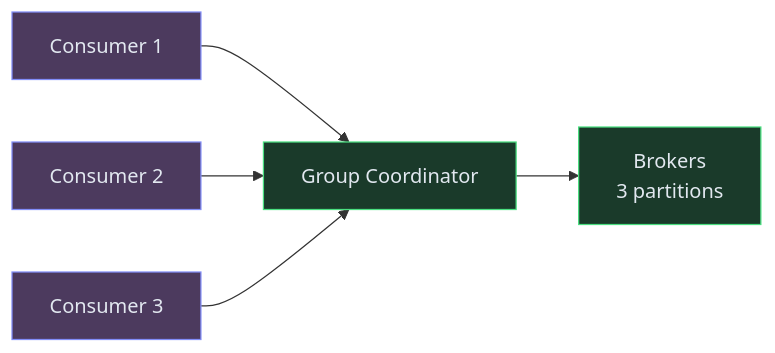
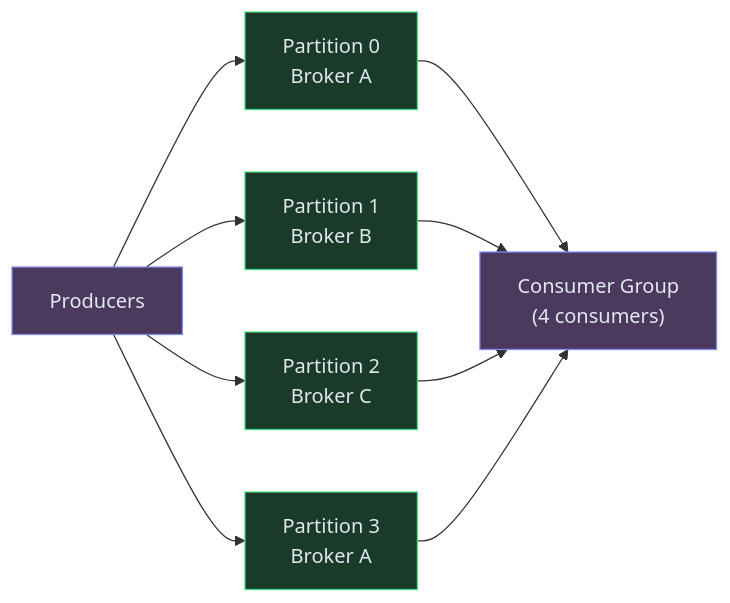
The fourth of 7 diagrams in content/hld/MessageQueue.md (iluzn/HLD-Designs), drawn with Mermaid before and after one commit. The commit also changed other lines of this file and 26 other files, not shown here.

````diff
--- a/content/hld/MessageQueue.md
+++ b/content/hld/MessageQueue.md
@@ -138,16 +236,21 @@
 ```mermaid
 flowchart LR
-    C1["Consumer 1"]:::client
-    C2["Consumer 2"]:::client
-    C3["Consumer 3"]:::client
-    COORD["Group Coordinator"]:::service
-    BROKER["Brokers<br/>3 partitions"]:::service
+    PROD["Producers"]:::client
+    P0["Partition 0<br/>Broker A"]:::service
+    P1["Partition 1<br/>Broker B"]:::service
+    P2["Partition 2<br/>Broker C"]:::service
+    P3["Partition 3<br/>Broker A"]:::service
+    CG["Consumer Group<br/>(4 consumers)"]:::client
 
-    C1 --> COORD
-    C2 --> COORD
-    C3 --> COORD
-    COORD --> BROKER
+    PROD --> P0
+    PROD --> P1
+    PROD --> P2
+    PROD --> P3
+    P0 --> CG
+    P1 --> CG
+    P2 --> CG
+    P3 --> CG
 
     classDef client fill:#4c3a5e,stroke:#818cf8,color:#e2e8f0
     classDef service fill:#1a3a2a,stroke:#4ade80,color:#e2e8f0
 ```
````
